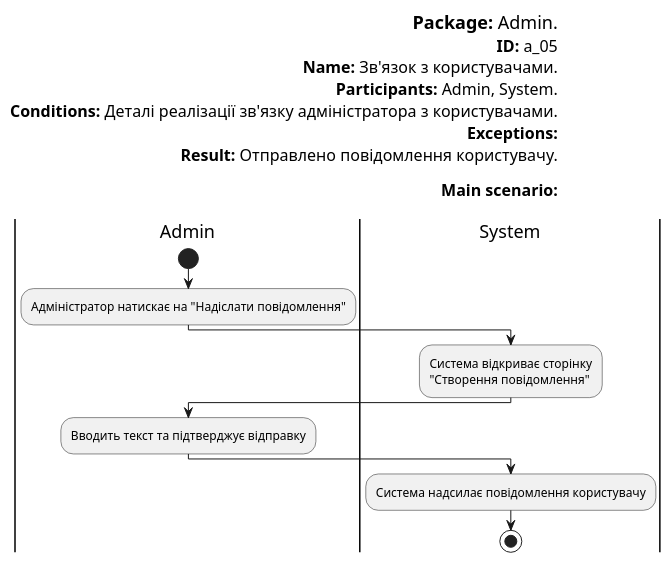
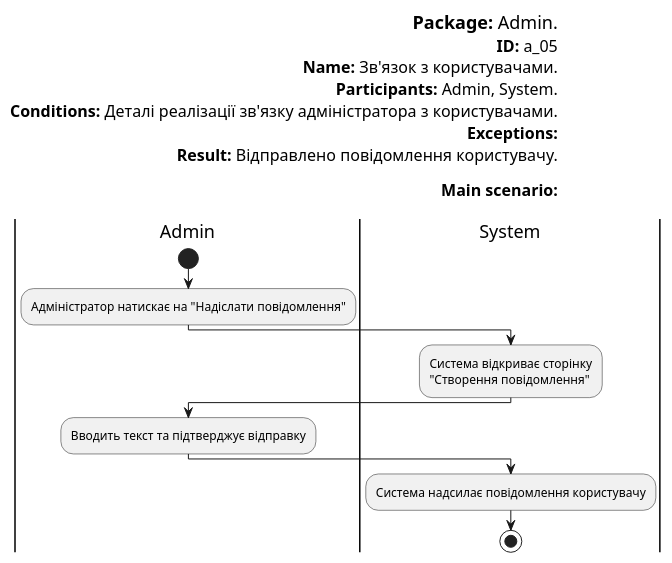
One commit to dirayser/thiscitydoesnotexist changed the diagram in Precedents/Admin/a_05.plantuml. Above: the diagram before and after it, drawn with PlantUML.

```diff
--- a/Precedents/Admin/a_05.plantuml
+++ b/Precedents/Admin/a_05.plantuml
@@ -1,25 +1,25 @@
 @startuml
 left header
 <font color=000 size=18><b>Package:</b> Admin.
 <font color=000 size=16><b>ID:</b> a_05
 <font color=000 size=16><b>Name:</b> Зв'язок з користувачами.
 <font color=000 size=16><b>Participants:</b> Admin, System.
 <font color=000 size=16><b>Conditions:</b> Деталі реалізації зв'язку адміністратора з користувачами.
 <font color=000 size=16><b>Exceptions:</b> 
-<font color=000 size=16><b>Result:</b> Отправлено повідомлення користувачу.
+<font color=000 size=16><b>Result:</b> Відправлено повідомлення користувачу.
 
 <font color=000 size=16><b>Main scenario:</b>
 
 end header
 |Admin|
 start
 :Адміністратор натискає на "Надіслати повідомлення";
 |System|
 :Система відкриває сторінку
 "Створення повідомлення";
 |Admin|
 :Вводить текст та підтверджує відправку;
 |System|
 :Система надсилає повідомлення користувачу;
 stop
 @enduml
```
